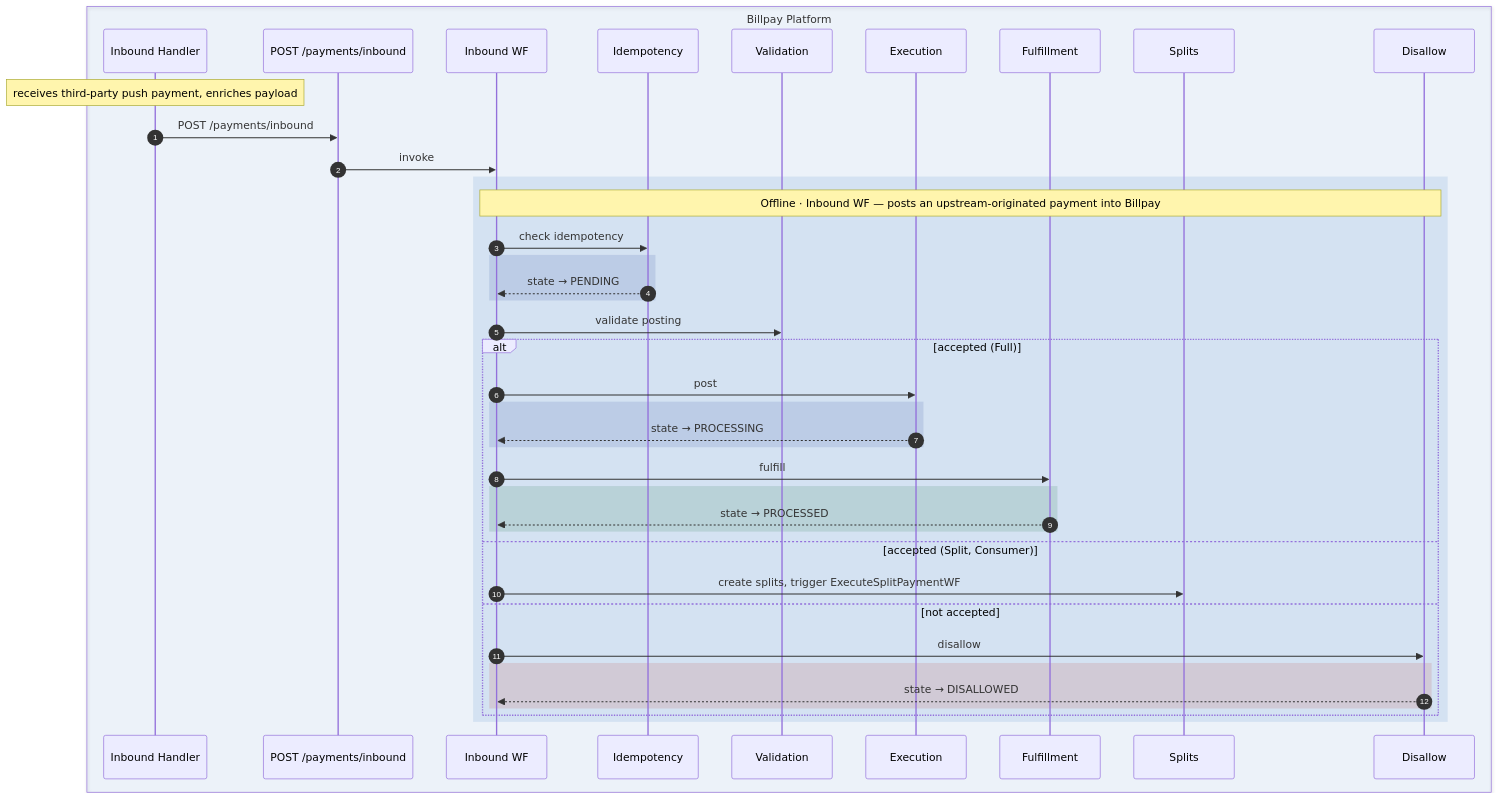
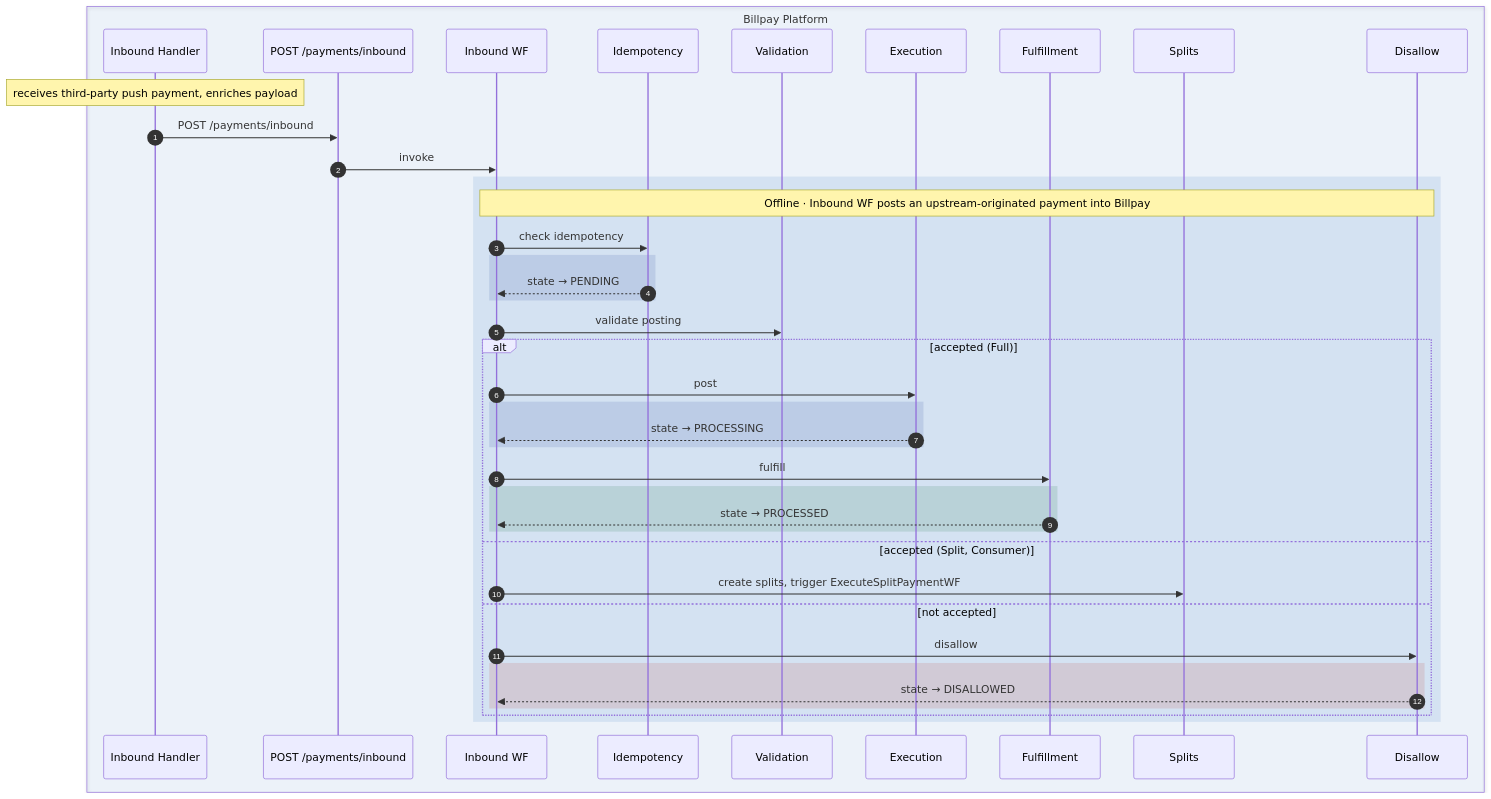
Before and after one commit to arunav-bhattacharya/billpay-book: the ninth of 12 diagrams in website/docs/design/diagrams/sequence-diagram.md, drawn with Mermaid. The commit also changed other lines of this file and 95 other files, not shown here.

````diff
--- a/website/docs/design/diagrams/sequence-diagram.md
+++ b/website/docs/design/diagrams/sequence-diagram.md
@@ -608,46 +608,46 @@
 ```mermaid
 sequenceDiagram
   autonumber
 
   box rgba(1,111,208,0.06) Billpay Platform
     participant UPH as Inbound Handler
     participant API as POST /payments/inbound
     participant IB as Inbound WF
     participant IDEMP as Idempotency
     participant PVP as Validation
     participant PPS as Execution
     participant PFL as Fulfillment
     participant PSC as Splits
     participant PRJ as Disallow
   end
 
   Note over UPH: receives third-party push payment, enriches payload
   UPH->>API: POST /payments/inbound
   API->>IB: invoke
 
   rect rgba(1,91,179,0.10)
-    Note over IB,PRJ: Offline · Inbound WF — posts an upstream-originated payment into Billpay
+    Note over IB,PRJ: Offline · Inbound WF posts an upstream-originated payment into Billpay
     IB->>IDEMP: check idempotency
     rect rgba(52,81,158,0.15)
       IDEMP-->>IB: state → PENDING
     end
     IB->>PVP: validate posting
     alt accepted (Full)
       IB->>PPS: post
       rect rgba(52,81,158,0.15)
         PPS-->>IB: state → PROCESSING
       end
       IB->>PFL: fulfill
       rect rgba(47,125,84,0.16)
         PFL-->>IB: state → PROCESSED
       end
     else accepted (Split, Consumer)
       IB->>PSC: create splits, trigger ExecuteSplitPaymentWF
     else not accepted
       IB->>PRJ: disallow
       rect rgba(192,57,43,0.14)
         PRJ-->>IB: state → DISALLOWED
       end
     end
   end
 ```
````
